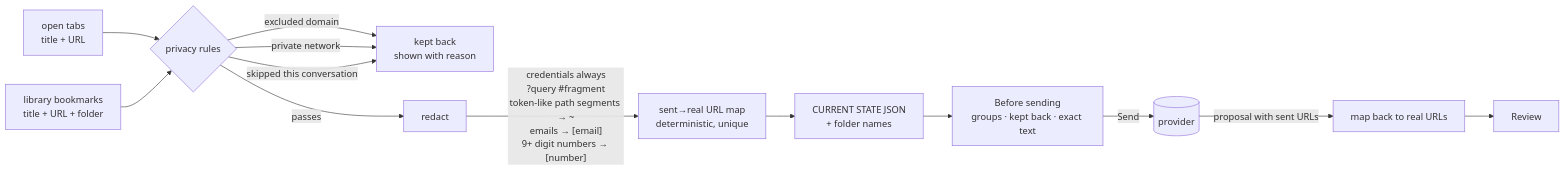
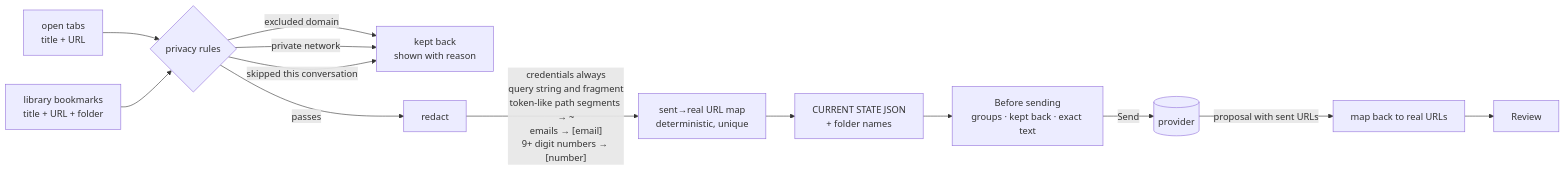
The second of 5 diagrams in docs/ARCHITECTURE.md (KucherenkoSerhiy/tab-librarian), drawn with Mermaid before and after one commit. The commit also changed other lines of this file, not shown here.

Commit message:
docs: Mermaid-safe labels (no ; or # inside diagrams)

````diff
--- a/docs/ARCHITECTURE.md
+++ b/docs/ARCHITECTURE.md
@@ -77,16 +77,16 @@
 ```mermaid
 flowchart LR
   T[open tabs<br/>title + URL] --> R
   B[library bookmarks<br/>title + URL + folder] --> R
   R{privacy rules}
   R -->|excluded domain| K[kept back<br/>shown with reason]
   R -->|private network| K
   R -->|skipped this conversation| K
   R -->|passes| X[redact]
-  X -->|"credentials always<br/>?query #fragment<br/>token-like path segments → ~<br/>emails → [email]<br/>9+ digit numbers → [number]"| M[sent→real URL map<br/>deterministic, unique]
+  X -->|"credentials always<br/>query string and fragment<br/>token-like path segments → ~<br/>emails → [email]<br/>9+ digit numbers → [number]"| M[sent→real URL map<br/>deterministic, unique]
   M --> P[CURRENT STATE JSON<br/>+ folder names]
   P --> V[Before sending<br/>groups · kept back · exact text]
   V -->|Send| A[(provider)]
   A -->|proposal with sent URLs| M2[map back to real URLs]
   M2 --> RV[Review]
 ```
````
